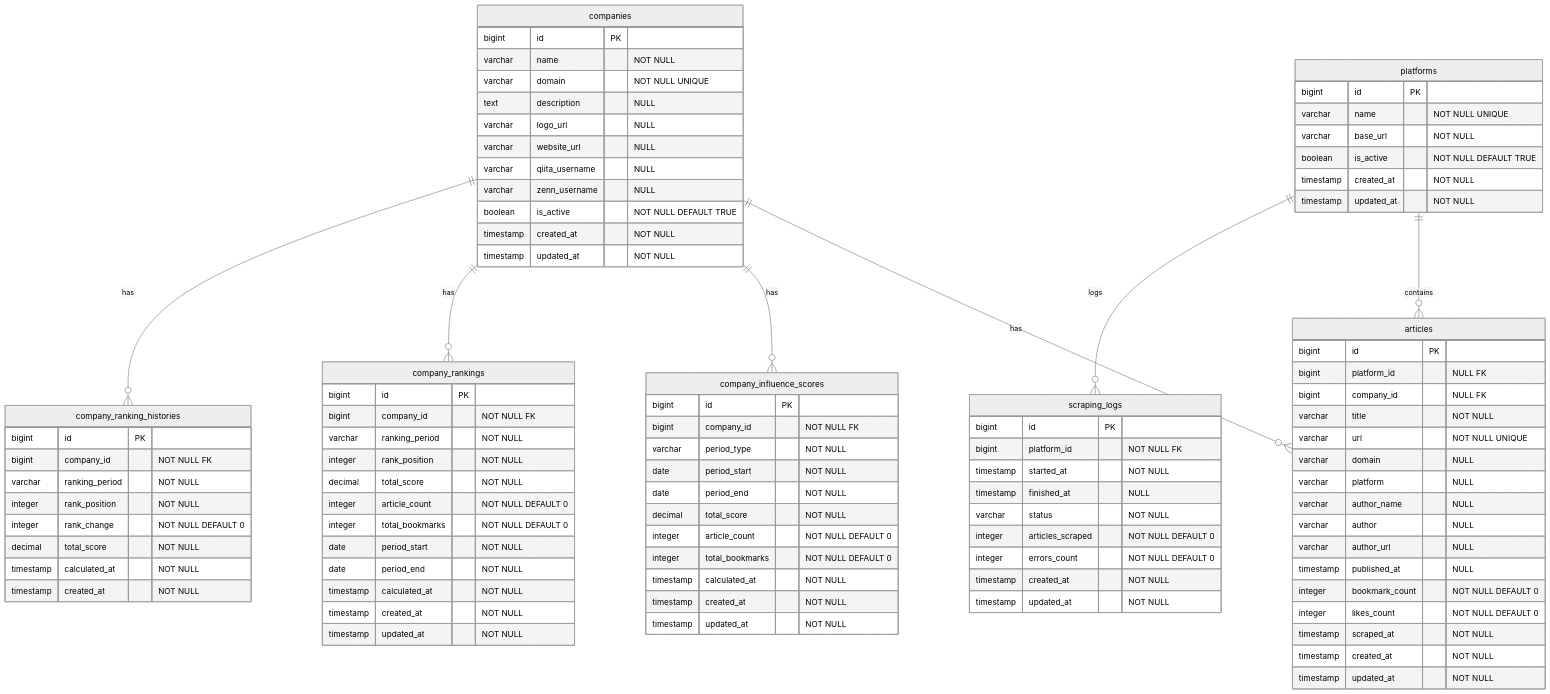
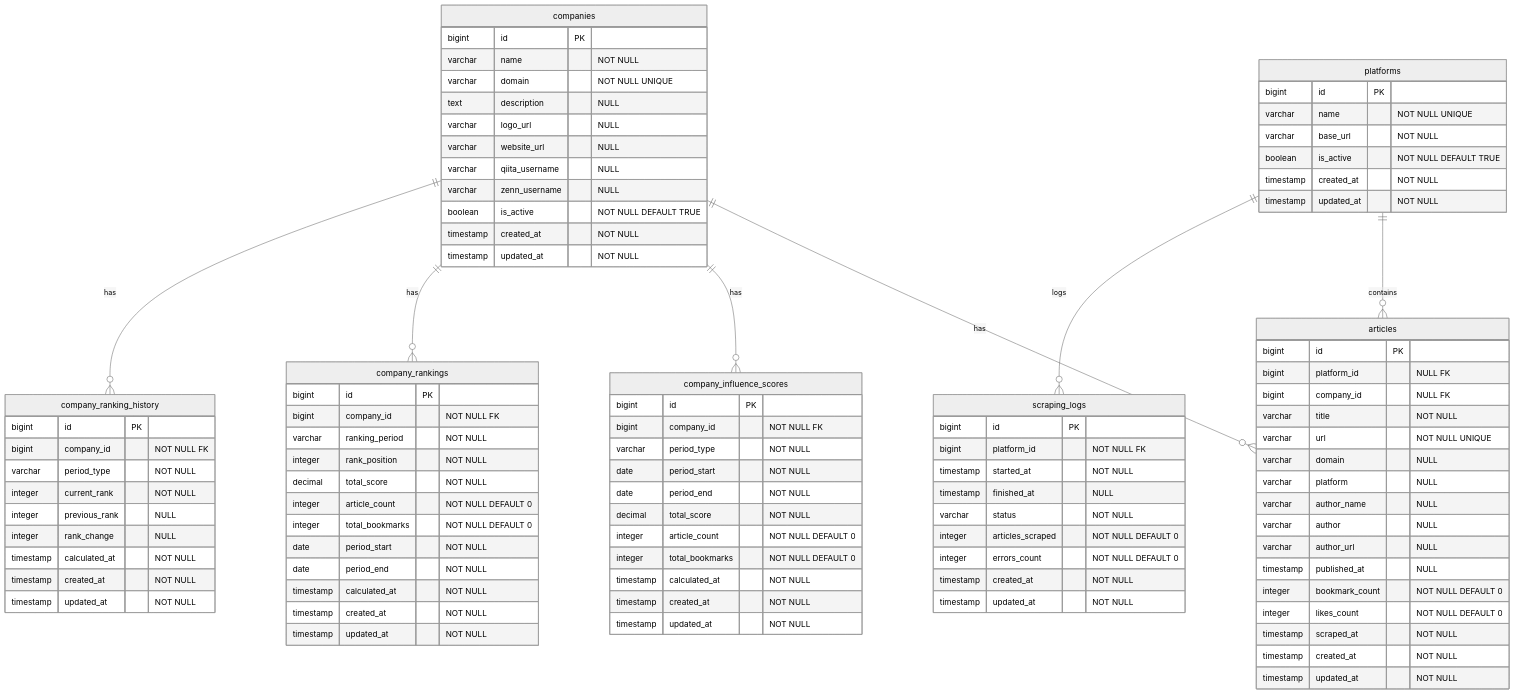
One commit to rfdnxbro/trends-laravel changed the diagram in docs/wiki/データベース設計.md. Above: the diagram before and after it, drawn with Mermaid (neutral theme). The commit also changed other lines of this file and 4 other files, not shown here.

````diff
--- a/docs/wiki/データベース設計.md
+++ b/docs/wiki/データベース設計.md
@@ -225,15 +232,16 @@
         timestamp updated_at "NOT NULL"
     }
     
-    company_ranking_histories {
+    company_ranking_history {
         bigint id PK
         bigint company_id "NOT NULL FK"
-        varchar ranking_period "NOT NULL"
-        integer rank_position "NOT NULL"
-        integer rank_change "NOT NULL DEFAULT 0"
-        decimal total_score "NOT NULL"
+        varchar period_type "NOT NULL"
+        integer current_rank "NOT NULL"
+        integer previous_rank "NULL"
+        integer rank_change "NULL"
         timestamp calculated_at "NOT NULL"
         timestamp created_at "NOT NULL"
+        timestamp updated_at "NOT NULL"
     }
     
     scraping_logs {
@@ -252,6 +260,6 @@
     platforms ||--o{ articles : "contains"
     companies ||--o{ company_influence_scores : "has"
     companies ||--o{ company_rankings : "has"
-    companies ||--o{ company_ranking_histories : "has"
+    companies ||--o{ company_ranking_history : "has"
     platforms ||--o{ scraping_logs : "logs"
 ```
````
